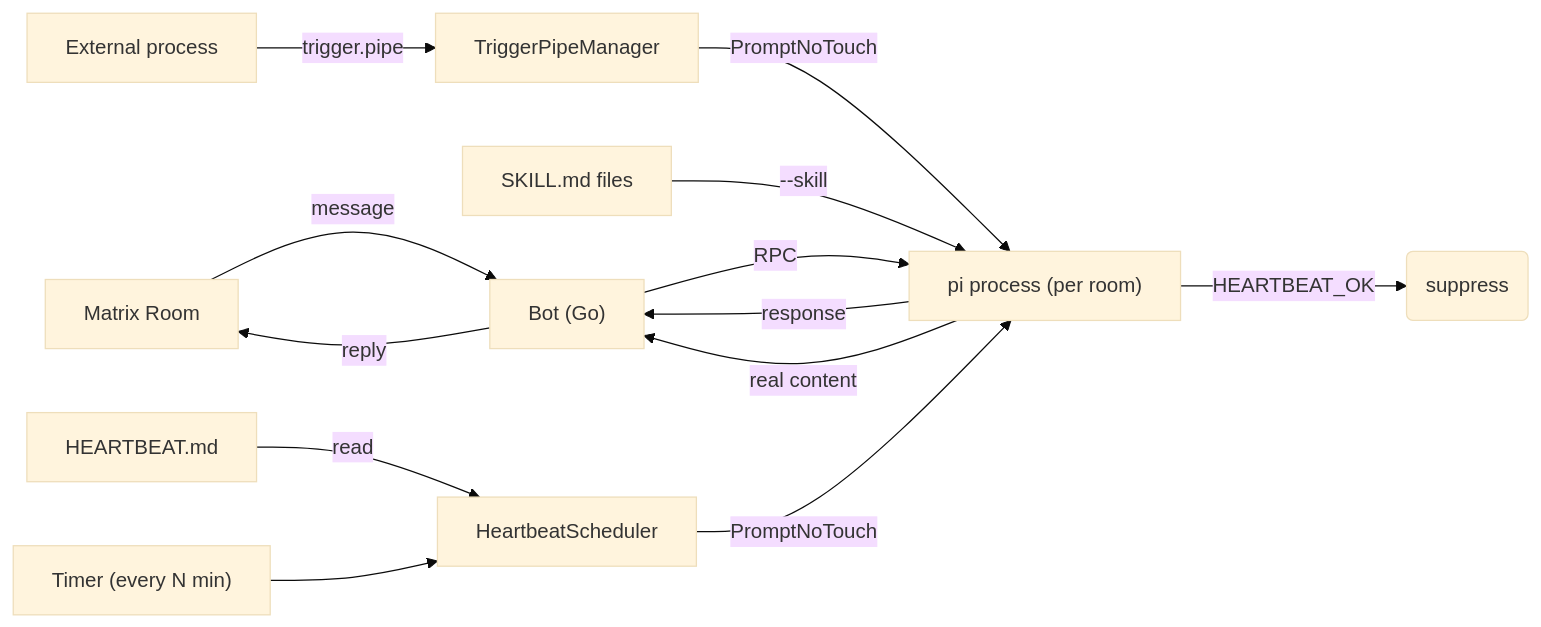
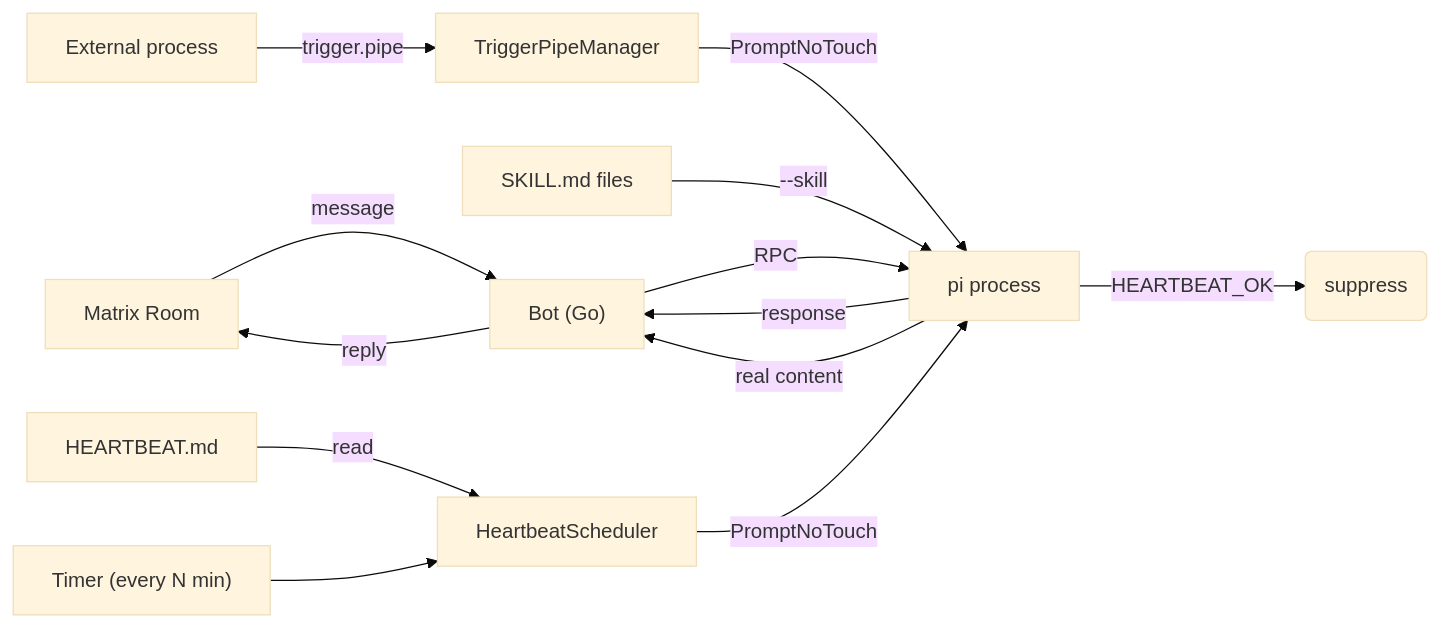
One commit to pinpox/opencrow changed the diagram in README.md. Above: the diagram before and after it, drawn with Mermaid (base theme). The commit also changed other lines of this file and 6 other files, not shown here.

````diff
--- a/README.md
+++ b/README.md
@@ -16,16 +17,16 @@
 ```mermaid
 graph LR
     Room[Matrix Room] -->|message| Bot["Bot (Go)"]
-    Bot -->|RPC| Pi["pi process (per room)"]
+    Bot -->|RPC| Pi["pi process"]
     Pi -->|response| Bot
     Bot -->|reply| Room
 
     Skills["SKILL.md files"] -->|"--skill"| Pi
     HB["HEARTBEAT.md"] -->|read| Sched[HeartbeatScheduler]
     Timer["Timer (every N min)"] --> Sched
     Ext["External process"] -->|"trigger.pipe"| TrigMgr[TriggerPipeManager]
     TrigMgr -->|PromptNoTouch| Pi
     Sched -->|PromptNoTouch| Pi
     Pi -->|"HEARTBEAT_OK"| Suppress(suppress)
     Pi -->|real content| Bot
 ```
````
